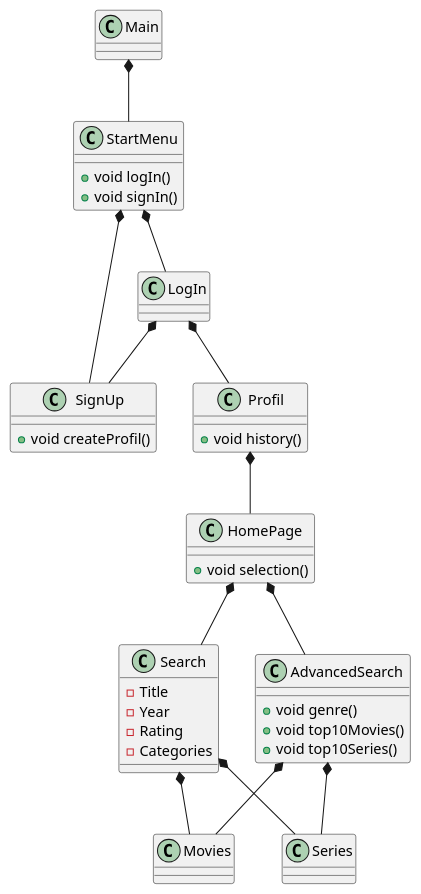
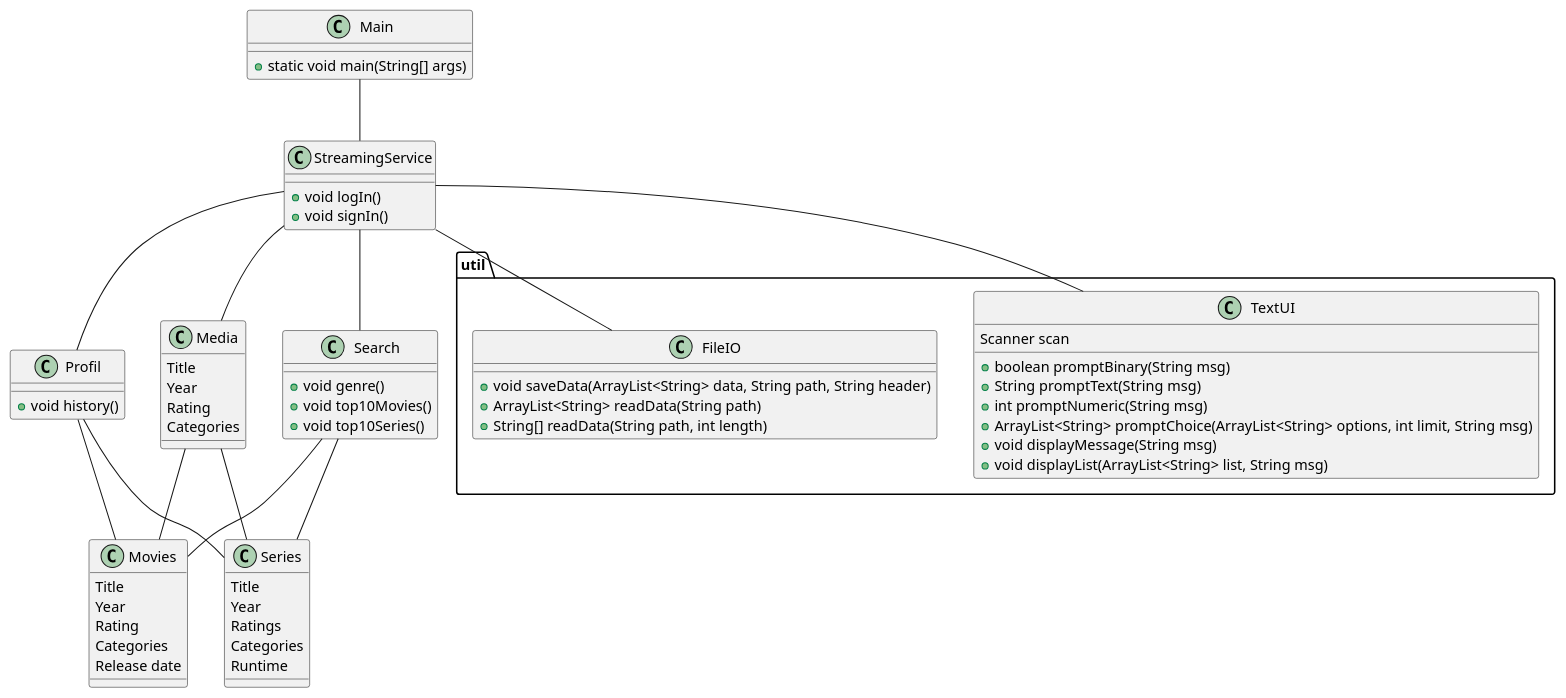
The diagram in doc/ClassDiagram.puml (Nicklazius/SP3), drawn with PlantUML before and after one commit. The commit also changed 15 other files, not shown here.

```diff
--- a/doc/ClassDiagram.puml
+++ b/doc/ClassDiagram.puml
@@ -1,70 +1,83 @@
 @startuml
 'https://plantuml.com/class-diagram
 
-Main *-- StartMenu
-
-StartMenu *-- LogIn
-StartMenu *-- SignUp
-
-LogIn *-- SignUp
-LogIn *-- Profil
-
-Profil *-- HomePage
-
-HomePage *-- Search
-HomePage *-- AdvancedSearch
-
-Search *-- Movies
-Search *-- Series
-
-AdvancedSearch *-- Movies
-AdvancedSearch *-- Series
-
-
 class Main {
++ static void main(String[] args)
 
 }
 
-class LogIn {
-
-}
-
-class SignUp {
-+ void createProfil()
-}
-
 class Movies {
-
+Title
+Year
+Rating
+Categories
+Release date
 }
 
 class Series {
-
+Title
+Year
+Ratings
+Categories
+Runtime
 }
 
 class Profil {
 + void history()
 }
 
-class StartMenu {
+class StreamingService {
 + void logIn()
 + void signIn()
 }
 
-class HomePage {
-+ void selection()
+class Media {
+Title
+Year
+Rating
+Categories
 }
 
 class Search {
-- Title
-- Year
-- Rating
-- Categories
-}
-
-class AdvancedSearch {
 + void genre()
 + void top10Movies()
 + void top10Series()
 }
 
+package "util" {
+class TextUI {
+Scanner scan
++ boolean promptBinary(String msg)
++ String promptText(String msg)
++ int promptNumeric(String msg)
++ ArrayList<String> promptChoice(ArrayList<String> options, int limit, String msg)
++ void displayMessage(String msg)
++ void displayList(ArrayList<String> list, String msg)
+}
+
+class FileIO{
++ void saveData(ArrayList<String> data, String path, String header)
++ ArrayList<String> readData(String path)
++ String[] readData(String path, int length)
+}
+
+
+Main -- StreamingService
+
+
+StreamingService-- Profil
+StreamingService -- TextUI
+StreamingService-- FileIO
+
+StreamingService -- Media
+StreamingService-- Search
+
+Media -- Movies
+Media-- Series
+
+Search -- Movies
+Search-- Series
+
+Profil -- Movies
+Profil-- Series
 @enduml
```
